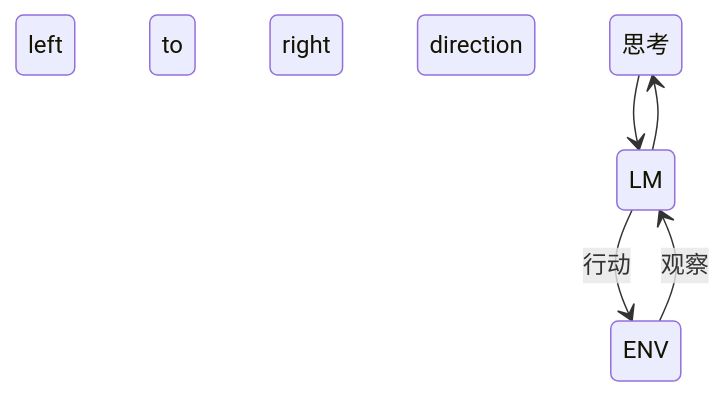
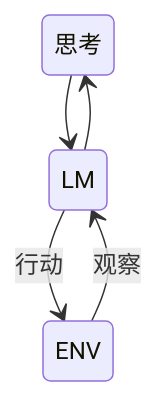
Before and after one commit to sdgixfg/iodraw-files: the diagram in all/未命名-2.md, drawn with Mermaid.

Commit message:
2025-05-24 03:07:08 update

````diff
--- a/all/未命名-2.md
+++ b/all/未命名-2.md
@@ -1,11 +1,11 @@
 ```mermaid
 stateDiagram-v2
-    left to right direction
+    
     
     思考 --> LM
     LM --> 思考
     LM --> ENV:行动
     ENV --> LM:观察
      
             
 ```
````
